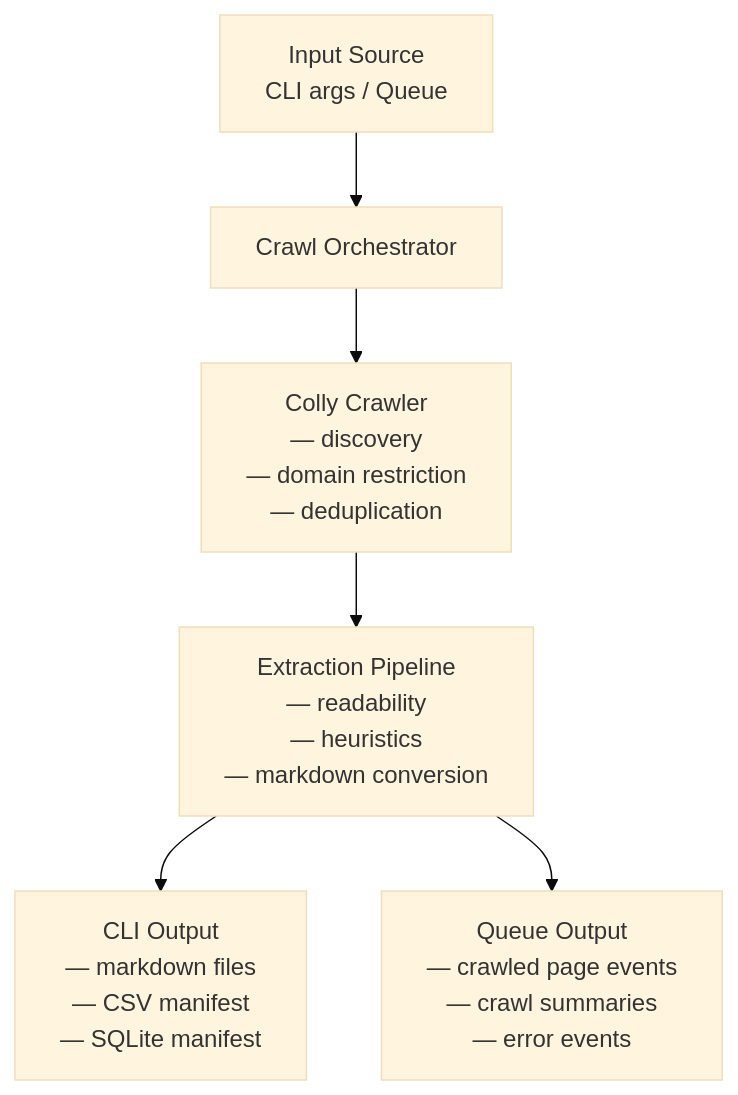
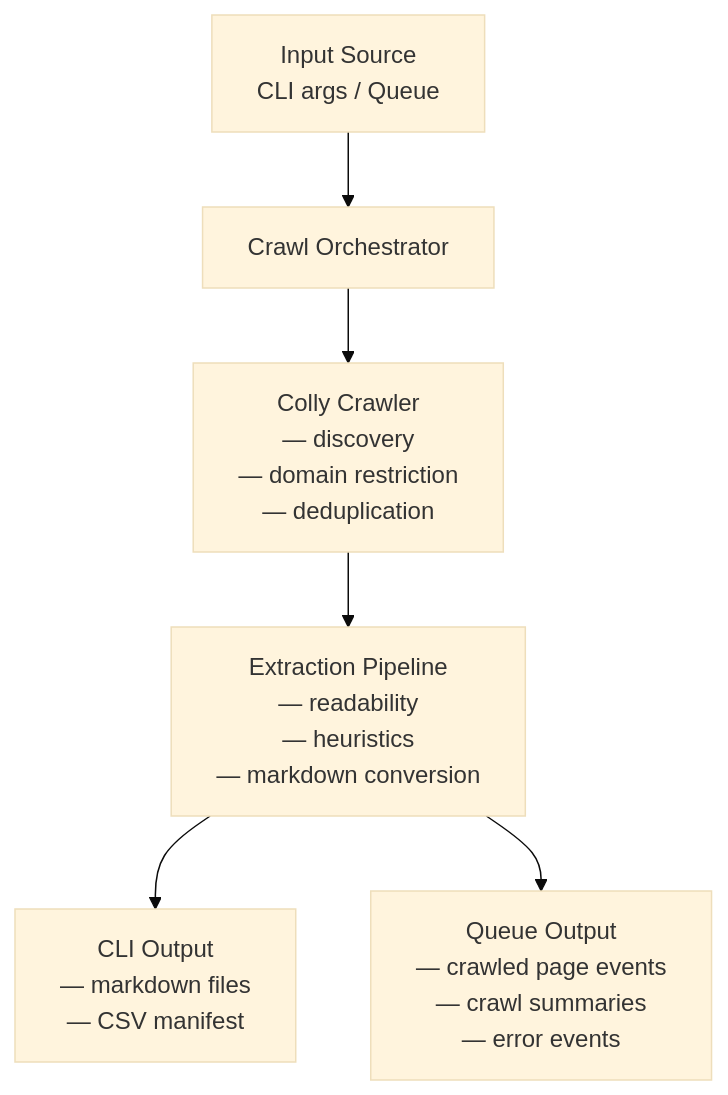
The diagram in README.md (bdobrica/ThinkPixelSpider), drawn with Mermaid (base theme) before and after one commit. The commit also changed other lines of this file and 2 other files, not shown here.

First line of the commit message:
Restrict output manifest to CSV (drop SQLite)

````diff
--- a/README.md
+++ b/README.md
@@ -64,19 +64,19 @@
 ```mermaid
 flowchart TD
     input["Input Source\nCLI args / Queue"]
 
     orchestrator["Crawl Orchestrator"]
 
     crawler["Colly Crawler\n— discovery\n— domain restriction\n— deduplication"]
 
     extraction["Extraction Pipeline\n— readability\n— heuristics\n— markdown conversion"]
 
     input --> orchestrator --> crawler --> extraction
 
     extraction --> cli_out
     extraction --> queue_out
 
-    cli_out["CLI Output\n— markdown files\n— CSV manifest\n— SQLite manifest"]
+    cli_out["CLI Output\n— markdown files\n— CSV manifest"]
 
     queue_out["Queue Output\n— crawled page events\n— crawl summaries\n— error events"]
 ```
````
